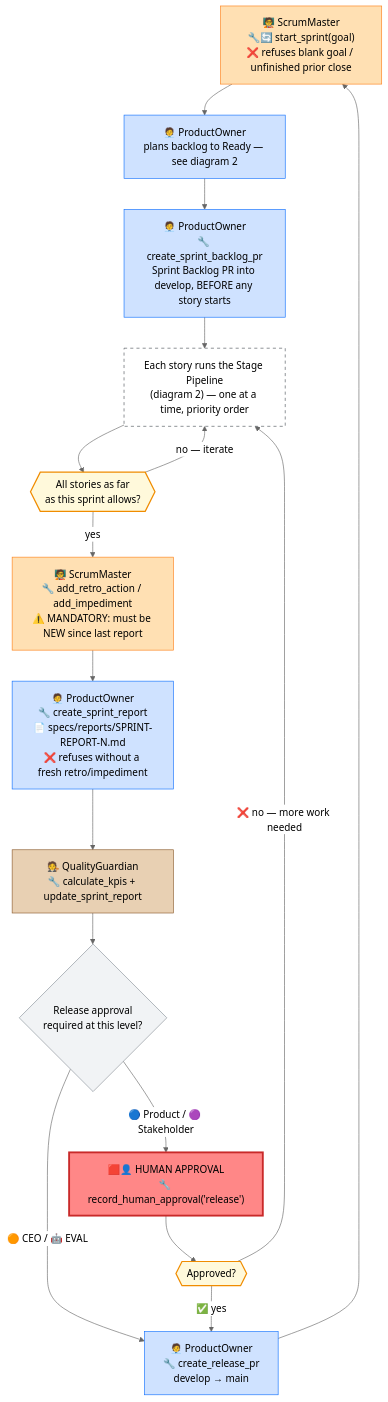
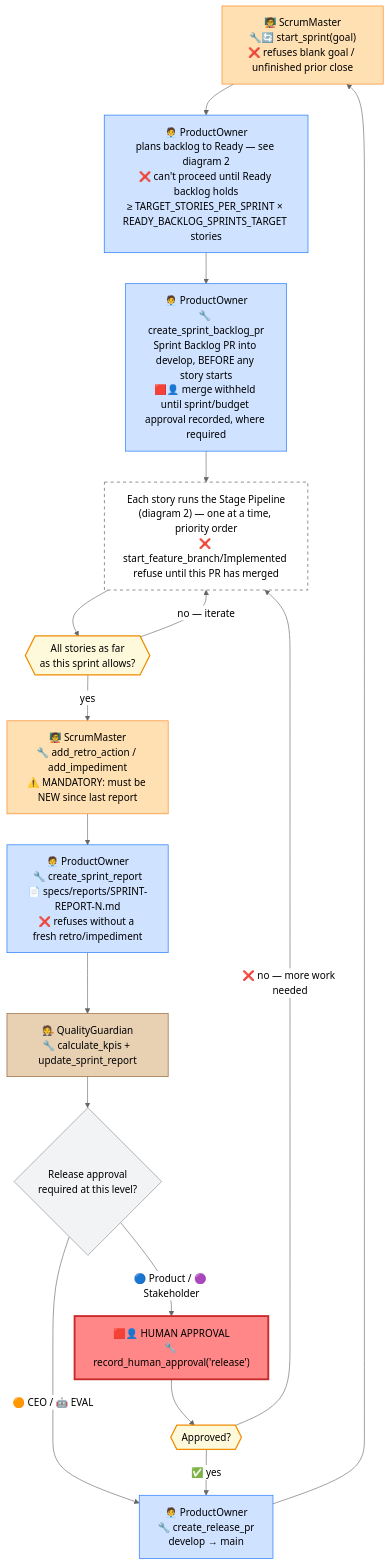
The first of 3 diagrams in docs/DEVELOPMENT-WORKFLOW.md (CI-Till-Krempel/Horseless-Carriage), drawn with Mermaid (neutral theme) before and after one commit. The commit also changed other lines of this file and 15 other files, not shown here.

````diff
--- a/docs/DEVELOPMENT-WORKFLOW.md
+++ b/docs/DEVELOPMENT-WORKFLOW.md
@@ -57,30 +57,30 @@
 ```mermaid
 flowchart TD
-    A["🧑‍🏫 ScrumMaster\n🔧🔄 start_sprint(goal)\n❌ refuses blank goal / unfinished prior close"]:::sm --> B["🧑‍💼 ProductOwner\nplans backlog to Ready — see diagram 2"]:::po
-    B --> C["🧑‍💼 ProductOwner\n🔧 create_sprint_backlog_pr\nSprint Backlog PR into develop, BEFORE any story starts"]:::po
-    C --> D["Each story runs the Stage Pipeline\n(diagram 2) — one at a time, priority order"]:::multi
+    A["🧑‍🏫 ScrumMaster\n🔧🔄 start_sprint(goal)\n❌ refuses blank goal / unfinished prior close"]:::sm --> B["🧑‍💼 ProductOwner\nplans backlog to Ready — see diagram 2\n❌ can't proceed until Ready backlog holds\n≥ TARGET_STORIES_PER_SPRINT × READY_BACKLOG_SPRINTS_TARGET stories"]:::po
+    B --> C["🧑‍💼 ProductOwner\n🔧 create_sprint_backlog_pr\nSprint Backlog PR into develop, BEFORE any story starts\n🟥👤 merge withheld until sprint/budget approval recorded, where required"]:::po
+    C --> D["Each story runs the Stage Pipeline\n(diagram 2) — one at a time, priority order\n❌ start_feature_branch/Implemented refuse until this PR has merged"]:::multi
     D --> E{{"All stories as far\nas this sprint allows?"}}:::loop
     E -- "no — iterate" --> D
     E -- yes --> F["🧑‍🏫 ScrumMaster\n🔧 add_retro_action / add_impediment\n⚠️ MANDATORY: must be NEW since last report"]:::sm
     F --> G["🧑‍💼 ProductOwner\n🔧 create_sprint_report\n📄 specs/reports/SPRINT-REPORT-N.md\n❌ refuses without a fresh retro/impediment"]:::po
     G --> H["🧑‍⚖️ QualityGuardian\n🔧 calculate_kpis + update_sprint_report"]:::qg
     H --> I{"Release approval\nrequired at this level?"}:::gate
     I -- "🔵 Product / 🟣 Stakeholder" --> J["🟥👤 HUMAN APPROVAL\n🔧 record_human_approval('release')"]:::human
     I -- "🟠 CEO / 🤖 EVAL" --> K
     J --> ReleaseGate{{"Approved?"}}:::loop
     ReleaseGate -- "❌ no — more work needed" --> D
     ReleaseGate -- "✅ yes" --> K
     K["🧑‍💼 ProductOwner\n🔧 create_release_pr\ndevelop → main"]:::po
     K --> A
 
     classDef po fill:#cfe2ff,stroke:#0d6efd,color:#000
     classDef sm fill:#ffe0b3,stroke:#fd7e14,color:#000
     classDef dev fill:#d1f7d6,stroke:#198754,color:#000
     classDef arch fill:#e6d9f7,stroke:#6f42c1,color:#000
     classDef qa fill:#fff3b0,stroke:#e0b400,color:#000
     classDef qg fill:#e8d0b3,stroke:#8b5a2b,color:#000
     classDef human fill:#ff8787,stroke:#c92a2a,stroke-width:3px,color:#000
     classDef gate fill:#f1f3f5,stroke:#868e96,color:#000
     classDef multi fill:#ffffff,stroke:#495057,stroke-dasharray: 5 5,color:#000
     classDef loop fill:#fff9db,stroke:#f08c00,stroke-width:2px,color:#000
 ```
````
